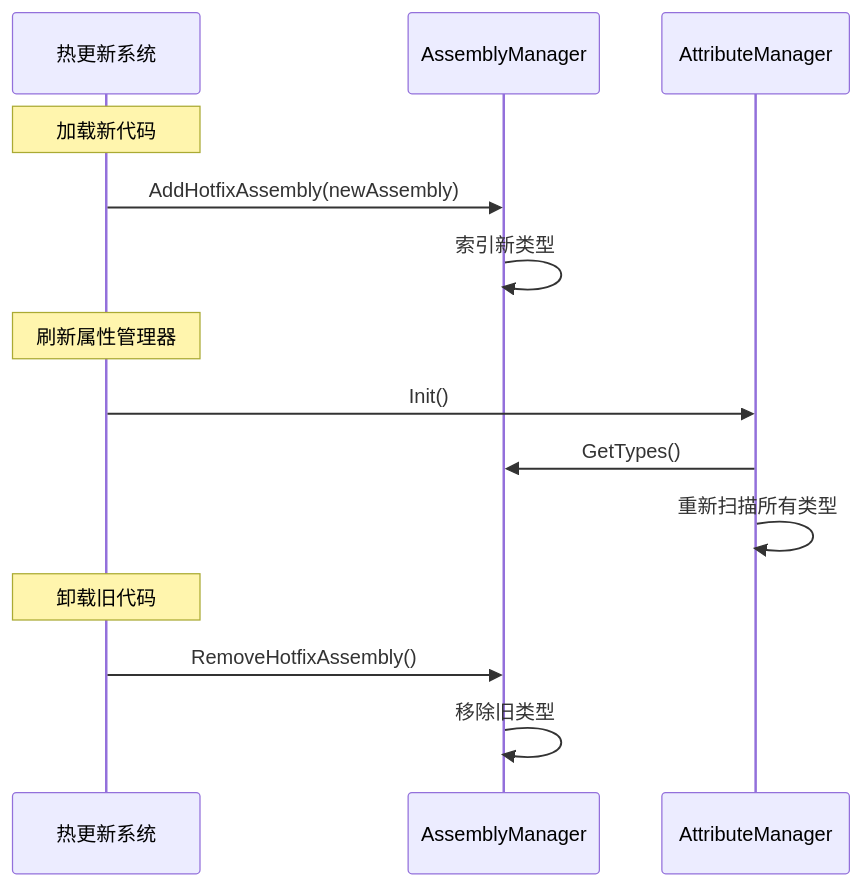
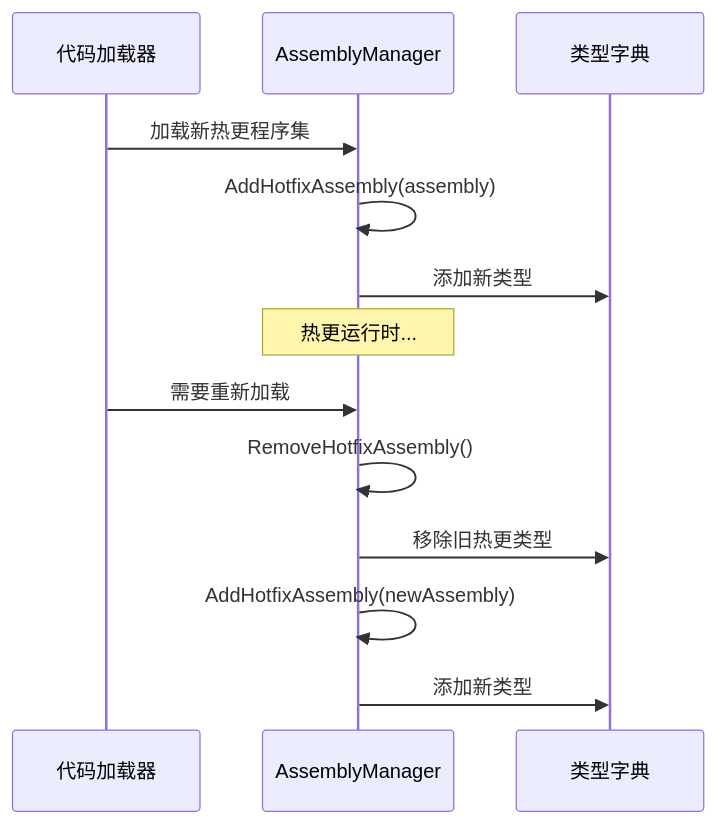
Before and after one commit to acsta/Container: the diagram in Assets/Scripts/Mono/Module/Assembly/AssemblyManager.cs.md, drawn with Mermaid. The commit also changed other lines of this file and 9 other files, not shown here.

````diff
--- a/Assets/Scripts/Mono/Module/Assembly/AssemblyManager.cs.md
+++ b/Assets/Scripts/Mono/Module/Assembly/AssemblyManager.cs.md
@@ -215,19 +147,18 @@
 ```mermaid
 sequenceDiagram
-    participant Hotfix as 热更新系统
+    participant CodeLoader as 代码加载器
     participant AM as AssemblyManager
-    participant AT as AttributeManager
+    participant Types as 类型字典
+
+    CodeLoader->>AM: 加载新热更程序集
+    AM->>AM: AddHotfixAssembly(assembly)
+    AM->>Types: 添加新类型
     
-    Note over Hotfix: 加载新代码
-    Hotfix->>AM: AddHotfixAssembly(newAssembly)
-    AM->>AM: 索引新类型
+    Note over AM: 热更运行时...
     
-    Note over Hotfix: 刷新属性管理器
-    Hotfix->>AT: Init()
-    AT->>AM: GetTypes()
-    AT->>AT: 重新扫描所有类型
-    
-    Note over Hotfix: 卸载旧代码
-    Hotfix->>AM: RemoveHotfixAssembly()
-    AM->>AM: 移除旧类型
+    CodeLoader->>AM: 需要重新加载
+    AM->>AM: RemoveHotfixAssembly()
+    AM->>Types: 移除旧热更类型
+    AM->>AM: AddHotfixAssembly(newAssembly)
+    AM->>Types: 添加新类型
 ```
````
